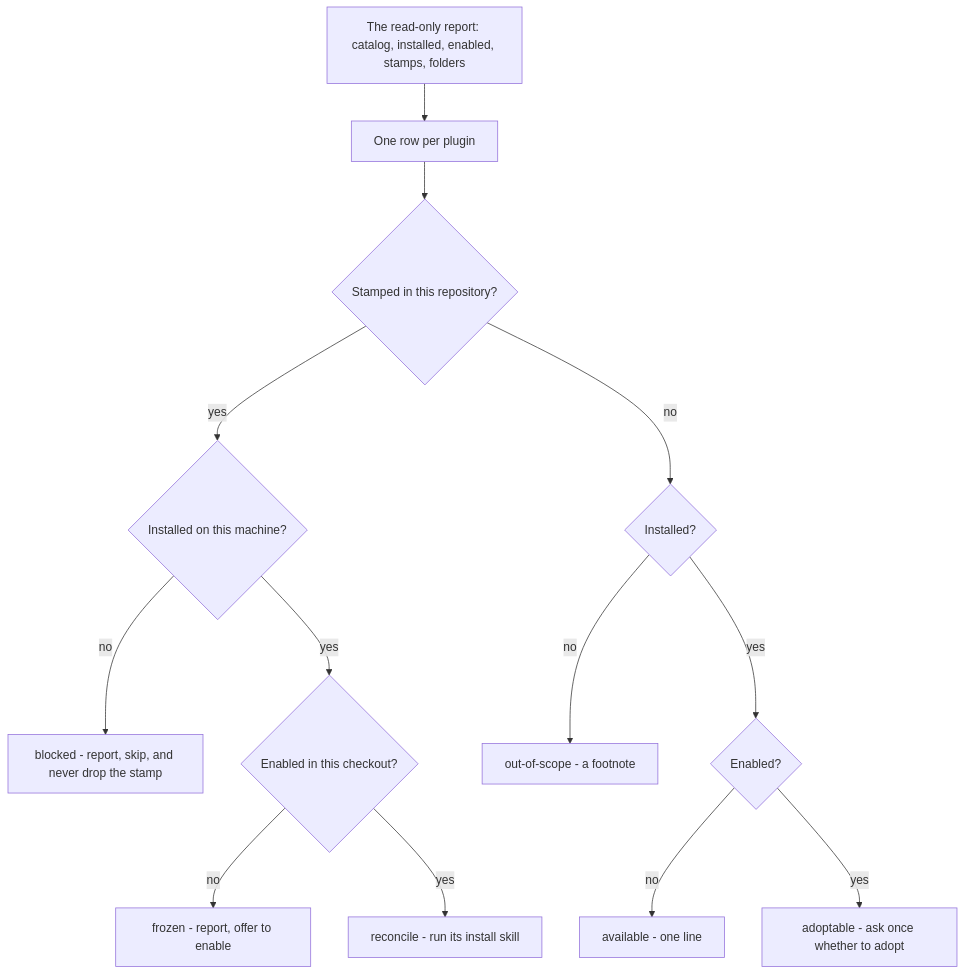
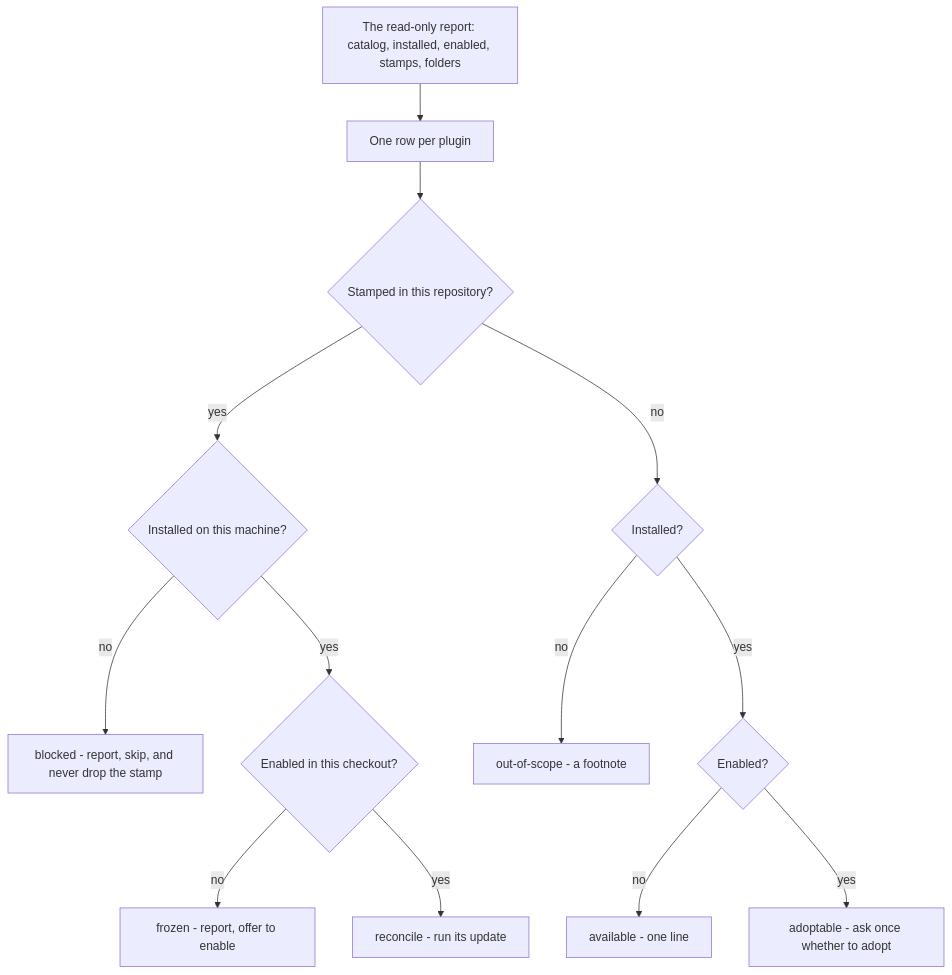
The third of 3 diagrams in .devbook/arc42/building-blocks/devbook-config.md (JSdotNet/devbook), drawn with Mermaid before and after one commit. The commit also changed other lines of this file and 18 other files, not shown here.

````diff
--- a/.devbook/arc42/building-blocks/devbook-config.md
+++ b/.devbook/arc42/building-blocks/devbook-config.md
@@ -420,15 +438,15 @@
 ```mermaid
 flowchart TD
     report["The read-only report: catalog, installed, enabled, stamps, folders"] --> row["One row per plugin"]
     row --> stamped{"Stamped in this repository?"}
     stamped -->|yes| installed{"Installed on this machine?"}
     installed -->|no| blocked["blocked - report, skip, and never drop the stamp"]
     installed -->|yes| enabled{"Enabled in this checkout?"}
     enabled -->|no| frozen["frozen - report, offer to enable"]
-    enabled -->|yes| reconcile["reconcile - run its install skill"]
+    enabled -->|yes| reconcile["reconcile - run its update"]
     stamped -->|no| installed2{"Installed?"}
     installed2 -->|no| outOfScope["out-of-scope - a footnote"]
     installed2 -->|yes| enabled2{"Enabled?"}
     enabled2 -->|no| available["available - one line"]
     enabled2 -->|yes| adoptable["adoptable - ask once whether to adopt"]
 ```
````
